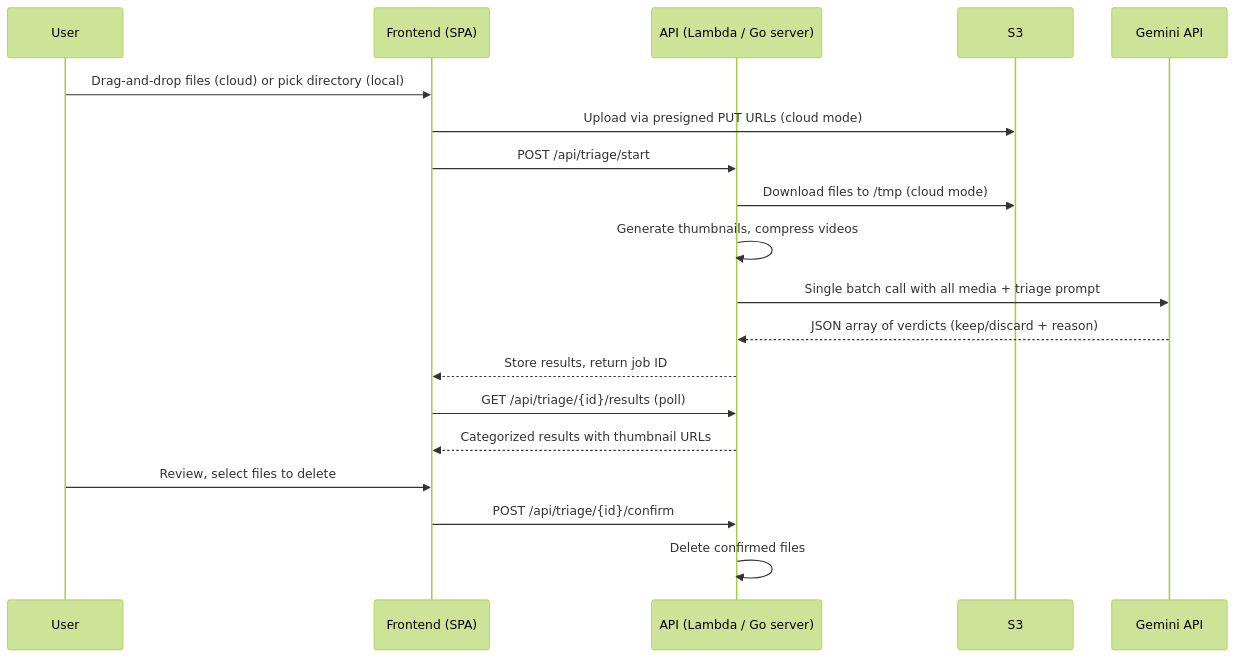
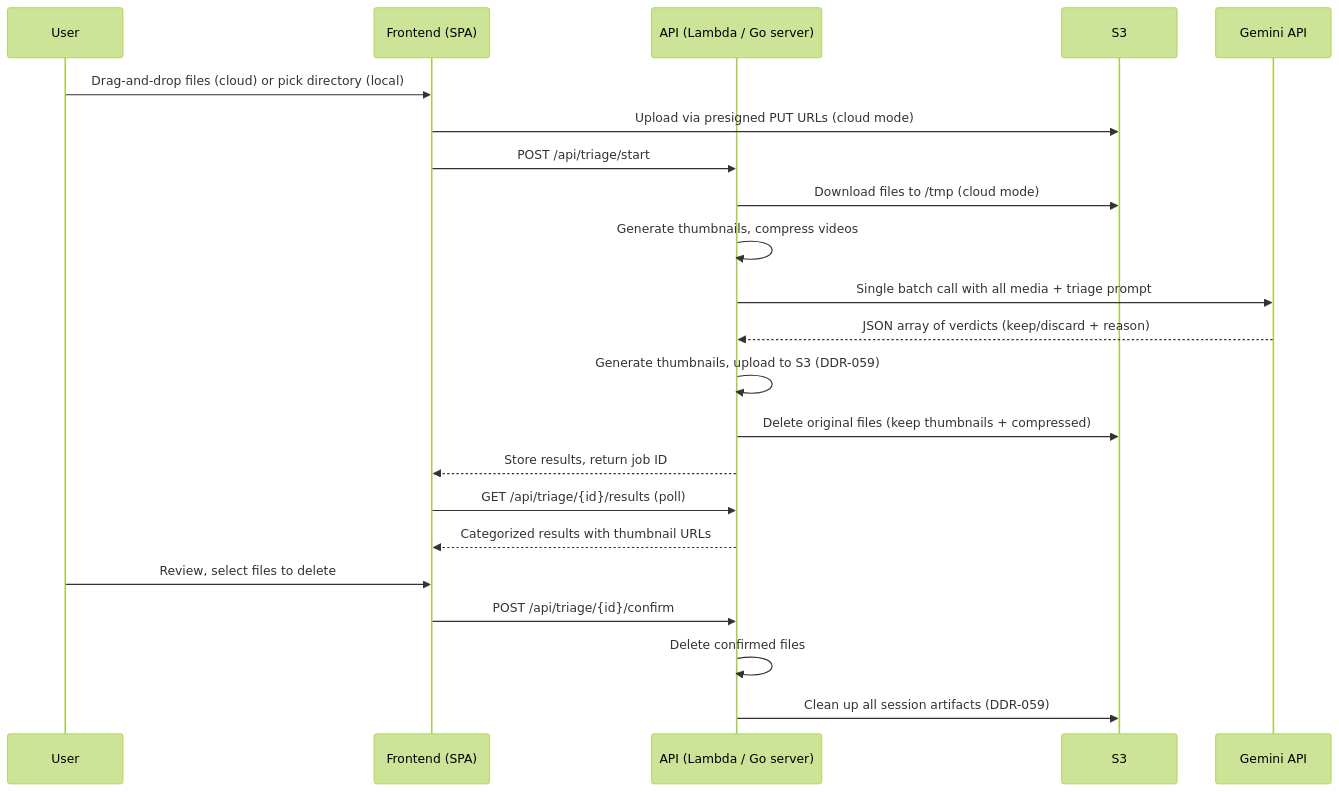
Before and after one commit to francis-pang/ai-social-media-helper: the second of 2 diagrams in docs/media-triage.md, drawn with Mermaid (forest theme). The commit also changed other lines of this file and 5 other files, not shown here.

First line of the commit message:
feat(triage): early S3 cleanup — store thumbnails, delete originals after triage-run (DDR-059)

````diff
--- a/docs/media-triage.md
+++ b/docs/media-triage.md
@@ -28,22 +29,25 @@
 ```mermaid
 sequenceDiagram
     participant User
     participant Frontend as Frontend (SPA)
     participant API as API (Lambda / Go server)
     participant S3
     participant Gemini as Gemini API
 
     User->>Frontend: Drag-and-drop files (cloud) or pick directory (local)
     Frontend->>S3: Upload via presigned PUT URLs (cloud mode)
     Frontend->>API: POST /api/triage/start
     API->>S3: Download files to /tmp (cloud mode)
     API->>API: Generate thumbnails, compress videos
     API->>Gemini: Single batch call with all media + triage prompt
     Gemini-->>API: JSON array of verdicts (keep/discard + reason)
+    API->>API: Generate thumbnails, upload to S3 (DDR-059)
+    API->>S3: Delete original files (keep thumbnails + compressed)
     API-->>Frontend: Store results, return job ID
     Frontend->>API: GET /api/triage/{id}/results (poll)
     API-->>Frontend: Categorized results with thumbnail URLs
     User->>Frontend: Review, select files to delete
     Frontend->>API: POST /api/triage/{id}/confirm
     API->>API: Delete confirmed files
+    API->>S3: Clean up all session artifacts (DDR-059)
 ```
````
